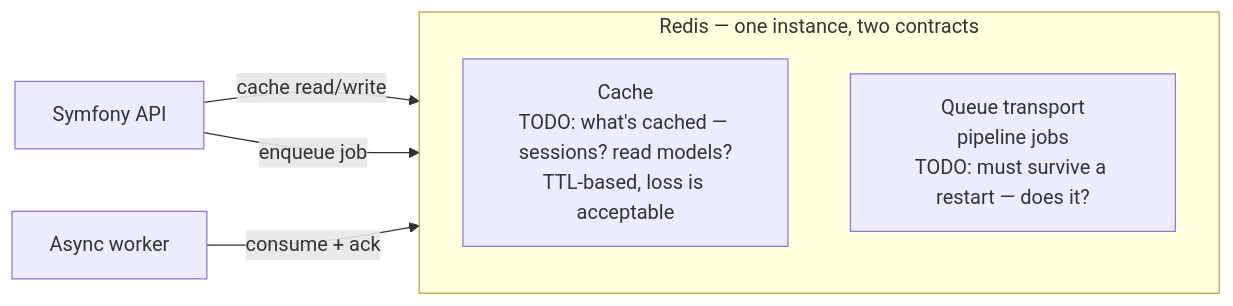
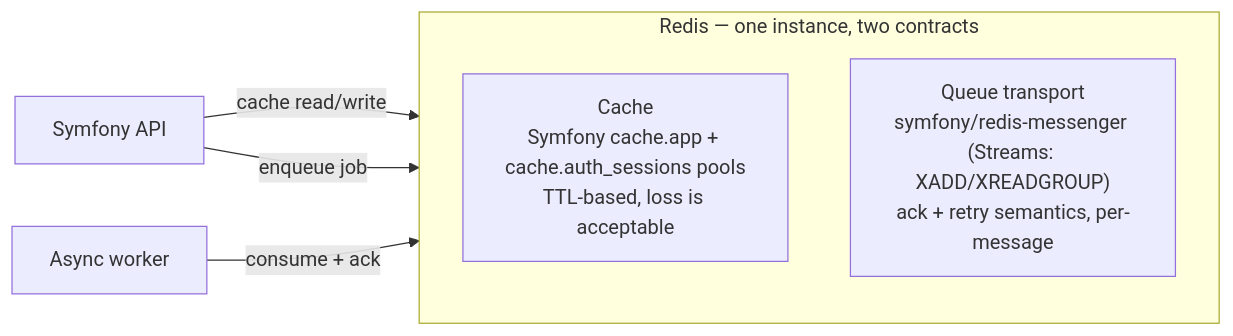
The fifth of 7 diagrams in docs/architecture.md (sharmilanAmpi/sutras-playbook), drawn with Mermaid before and after one commit. The commit also changed other lines of this file and 10 other files, not shown here.

````diff
--- a/docs/architecture.md
+++ b/docs/architecture.md
@@ -106,11 +106,11 @@
 ```mermaid
 flowchart LR
     subgraph RedisBox["Redis — one instance, two contracts"]
         direction TB
-        Cache["Cache\nTODO: what's cached — sessions? read models?\nTTL-based, loss is acceptable"]
-        Queue["Queue transport\npipeline jobs\nTODO: must survive a restart — does it?"]
+        Cache["Cache\nSymfony cache.app + cache.auth_sessions pools\nTTL-based, loss is acceptable"]
+        Queue["Queue transport\nsymfony/redis-messenger (Streams: XADD/XREADGROUP)\nack + retry semantics, per-message"]
     end
     API["Symfony API"] -->|cache read/write| Cache
     API -->|enqueue job| Queue
     Worker["Async worker"] -->|consume + ack| Queue
 ```
````
